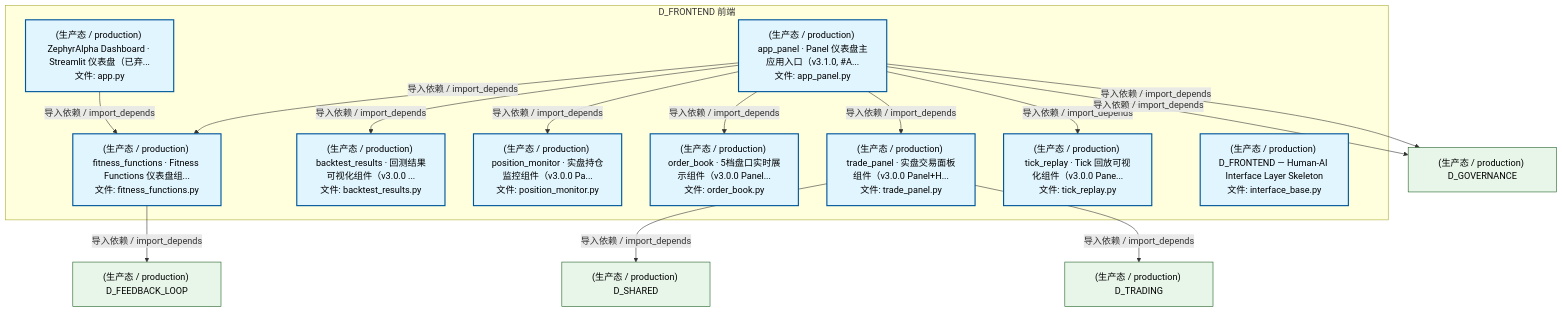
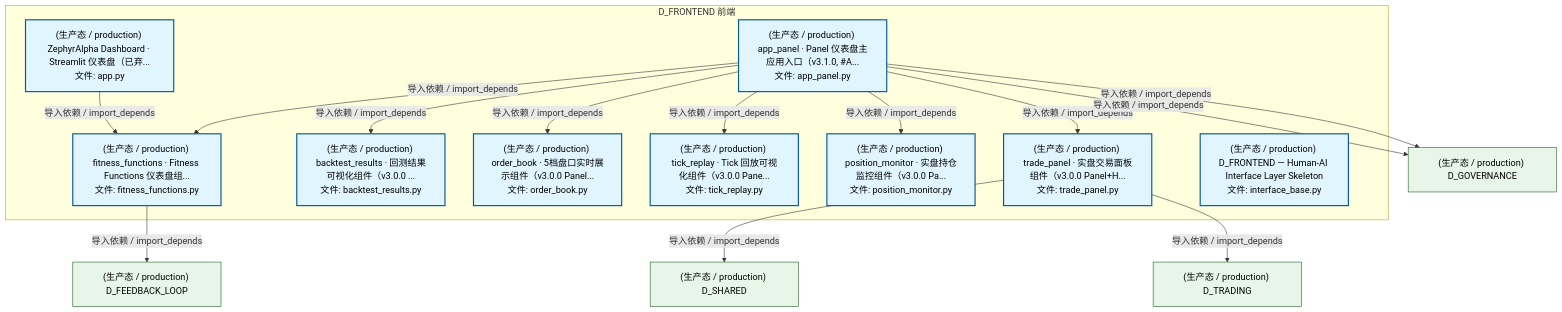
Before and after one commit to xuanFelixVan/ZephyrAlpha: the second of 5 diagrams in docs/02_enterprise_architecture/02_domain_architecture_docs/15_d_frontend.md, drawn with Mermaid. The commit also changed other lines of this file and 111 other files, not shown here.

````diff
--- a/docs/02_enterprise_architecture/02_domain_architecture_docs/15_d_frontend.md
+++ b/docs/02_enterprise_architecture/02_domain_architecture_docs/15_d_frontend.md
@@ -165,36 +165,36 @@
 ```mermaid
 graph TD
     subgraph D_FRONTEND["D_FRONTEND 前端"]
         src_zephyr_frontend_dashboard_app_py["(生产态 / production) ZephyrAlpha Dashboard · Streamlit 仪表盘（已弃...<br/>文件: app.py"]
         src_zephyr_frontend_dashboard_app_panel_py["(生产态 / production) app_panel · Panel 仪表盘主应用入口（v3.1.0, #A...<br/>文件: app_panel.py"]
         src_zephyr_frontend_dashboard_components_backtest_results_py["(生产态 / production) backtest_results · 回测结果可视化组件（v3.0.0 ...<br/>文件: backtest_results.py"]
         src_zephyr_frontend_dashboard_components_fitness_functions_py["(生产态 / production) fitness_functions · Fitness Functions 仪表盘组...<br/>文件: fitness_functions.py"]
         src_zephyr_frontend_dashboard_components_order_book_py["(生产态 / production) order_book · 5档盘口实时展示组件（v3.0.0 Panel...<br/>文件: order_book.py"]
         src_zephyr_frontend_dashboard_components_position_monitor_py["(生产态 / production) position_monitor · 实盘持仓监控组件（v3.0.0 Pa...<br/>文件: position_monitor.py"]
         src_zephyr_frontend_dashboard_components_tick_replay_py["(生产态 / production) tick_replay · Tick 回放可视化组件（v3.0.0 Pane...<br/>文件: tick_replay.py"]
         src_zephyr_frontend_dashboard_components_trade_panel_py["(生产态 / production) trade_panel · 实盘交易面板组件（v3.0.0 Panel+H...<br/>文件: trade_panel.py"]
         src_zephyr_frontend_interface_base_py["(生产态 / production) D_FRONTEND — Human-AI Interface Layer Skeleton<br/>文件: interface_base.py"]
     end
     src_zephyr_frontend_dashboard_app_py -->|导入依赖 / import_depends| src_zephyr_frontend_dashboard_components_fitness_functions_py
     src_zephyr_frontend_dashboard_app_panel_py -->|导入依赖 / import_depends| src_zephyr_frontend_dashboard_components_fitness_functions_py
     src_zephyr_frontend_dashboard_app_panel_py -->|导入依赖 / import_depends| src_zephyr_frontend_dashboard_components_backtest_results_py
+    src_zephyr_frontend_dashboard_app_panel_py -->|导入依赖 / import_depends| src_zephyr_frontend_dashboard_components_order_book_py
+    src_zephyr_frontend_dashboard_app_panel_py -->|导入依赖 / import_depends| src_zephyr_frontend_dashboard_components_tick_replay_py
     src_zephyr_frontend_dashboard_app_panel_py -->|导入依赖 / import_depends| src_zephyr_frontend_dashboard_components_position_monitor_py
-    src_zephyr_frontend_dashboard_app_panel_py -->|导入依赖 / import_depends| src_zephyr_frontend_dashboard_components_order_book_py
     src_zephyr_frontend_dashboard_app_panel_py -->|导入依赖 / import_depends| src_zephyr_frontend_dashboard_components_trade_panel_py
-    src_zephyr_frontend_dashboard_app_panel_py -->|导入依赖 / import_depends| src_zephyr_frontend_dashboard_components_tick_replay_py
     D_GOVERNANCE["(生产态 / production) D_GOVERNANCE"]
     src_zephyr_frontend_dashboard_app_panel_py -->|导入依赖 / import_depends| D_GOVERNANCE
     D_FEEDBACK_LOOP["(生产态 / production) D_FEEDBACK_LOOP"]
     src_zephyr_frontend_dashboard_components_fitness_functions_py -->|导入依赖 / import_depends| D_FEEDBACK_LOOP
     D_SHARED["(生产态 / production) D_SHARED"]
     src_zephyr_frontend_dashboard_components_trade_panel_py -->|导入依赖 / import_depends| D_SHARED
     src_zephyr_frontend_dashboard_app_panel_py -->|导入依赖 / import_depends| D_GOVERNANCE
     D_TRADING["(生产态 / production) D_TRADING"]
     src_zephyr_frontend_dashboard_components_trade_panel_py -->|导入依赖 / import_depends| D_TRADING
     classDef production fill:#e1f5fe,stroke:#01579b,stroke-width:2px,color:#000
     classDef design fill:#fff3e0,stroke:#e65100,stroke-width:2px,color:#000,stroke-dasharray: 5 5
     classDef external_prod fill:#e8f5e9,stroke:#1b5e20,stroke-width:1px,color:#000
     classDef external_design fill:#fce4ec,stroke:#880e4f,stroke-width:1px,color:#000,stroke-dasharray: 5 5
     class src_zephyr_frontend_dashboard_app_py,src_zephyr_frontend_dashboard_app_panel_py,src_zephyr_frontend_dashboard_components_backtest_results_py,src_zephyr_frontend_dashboard_components_fitness_functions_py,src_zephyr_frontend_dashboard_components_order_book_py,src_zephyr_frontend_dashboard_components_position_monitor_py,src_zephyr_frontend_dashboard_components_tick_replay_py,src_zephyr_frontend_dashboard_components_trade_panel_py,src_zephyr_frontend_interface_base_py production
     class D_GOVERNANCE,D_FEEDBACK_LOOP,D_SHARED,D_TRADING external_prod
 ```
````
